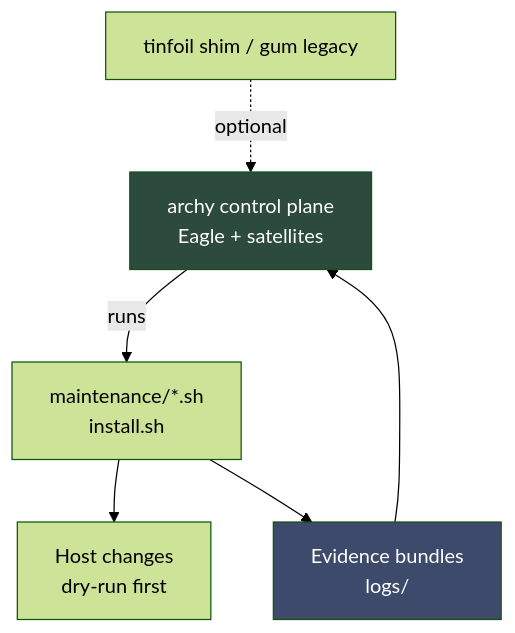
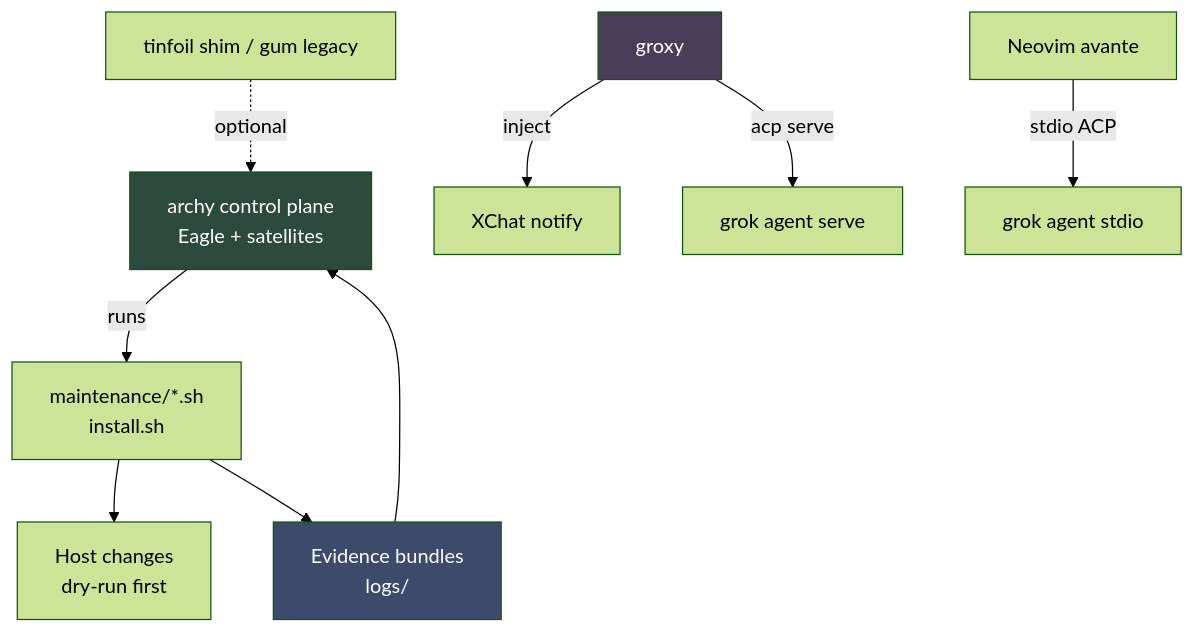
Before and after one commit to p10ns11y/arch-machine: the first of 3 diagrams in docs/INDEX.md, drawn with Mermaid (forest theme). The commit also changed other lines of this file and 8 other files, not shown here.

First line of the commit message:
docs(groxy): add crate README, diagrams, and plain-English guides

````diff
--- a/docs/INDEX.md
+++ b/docs/INDEX.md
@@ -25,10 +25,14 @@
 ```mermaid
 flowchart TD
   A[archy control plane<br/>Eagle + satellites] -->|runs| B[maintenance/*.sh<br/>install.sh]
   B --> C[Host changes<br/>dry-run first]
   B --> D[Evidence bundles<br/>logs/]
   D --> A
   E[tinfoil shim / gum legacy] -.->|optional| A
+  G[groxy] -->|inject| X[XChat notify]
+  G -->|acp serve| Ag[grok agent serve]
+  N[Neovim avante] -->|stdio ACP| Gs[grok agent stdio]
   style A fill:#2d4a3e,color:#fff
   style D fill:#3d4a6b,color:#fff
+  style G fill:#4a3d5a,color:#fff
 ```
````
